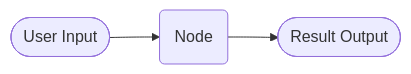
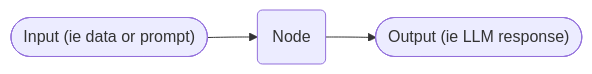
The diagram in docs/concepts/pipelines/nodes.md (dimagi/open-chat-studio-docs), drawn with Mermaid before and after one commit. The commit also changed other lines of this file and 1 other file, not shown here.

Commit message:
Added diagrams

````diff
--- a/docs/concepts/pipelines/nodes.md
+++ b/docs/concepts/pipelines/nodes.md
@@ -5,5 +5,5 @@
 ``` mermaid
 graph LR
-  A@{ shape: stadium, label: "User Input" } --> B(Node);
-  B --> C@{ shape: stadium, label: "Result Output" };
+  A@{ shape: stadium, label: "Input (ie data or prompt)" } --> B(Node);
+  B --> C@{ shape: stadium, label: "Output (ie LLM response)" };
 ```
````
